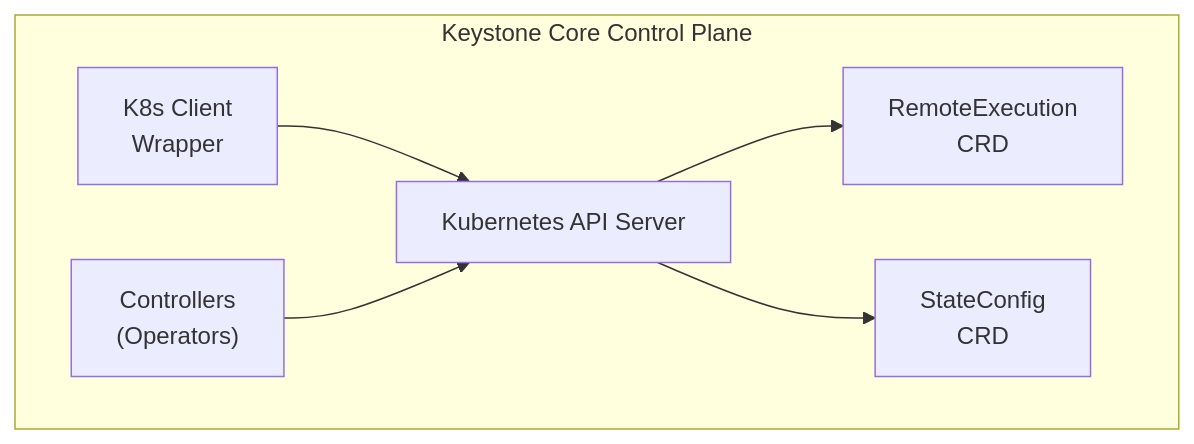
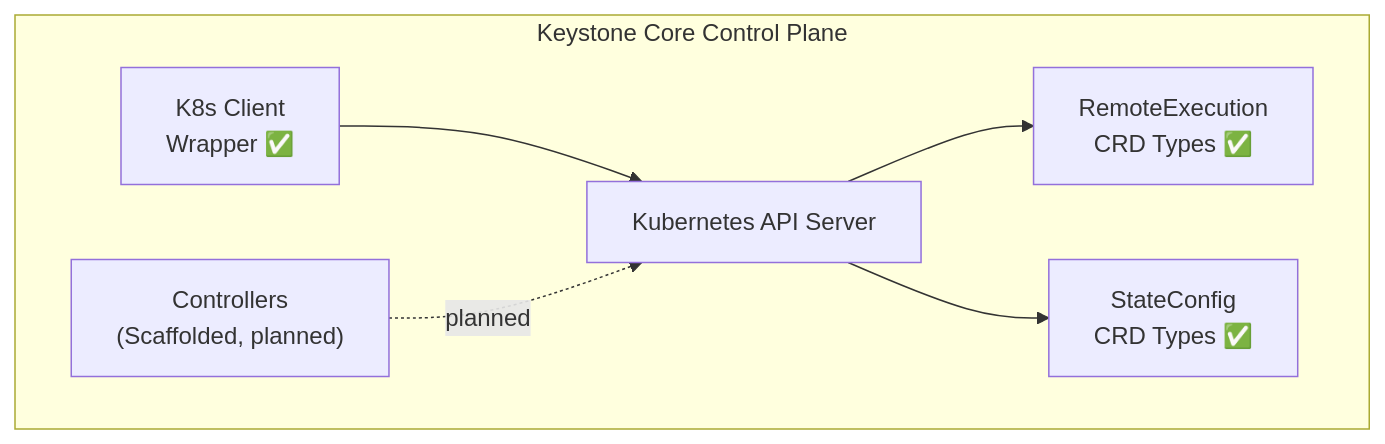
Before and after one commit to Spicer-Creek-Solutions-LLC/keystone-core: the diagram in docs/content/en/docs/concepts/kubernetes.md, drawn with Mermaid. The commit also changed other lines of this file and 3 other files, not shown here.

````diff
--- a/docs/content/en/docs/concepts/kubernetes.md
+++ b/docs/content/en/docs/concepts/kubernetes.md
@@ -14,12 +16,12 @@
 ```mermaid
 flowchart TB
     subgraph CP["Keystone Core Control Plane"]
-        KC["K8s Client<br>Wrapper"]
-        CT["Controllers<br>(Operators)"]
+        KC["K8s Client<br>Wrapper ✅"]
+        CT["Controllers<br>(Scaffolded, planned)"]
         KC --> API
-        CT --> API
+        CT -.->|planned| API
         API["Kubernetes API Server"]
-        API --> RE["RemoteExecution<br>CRD"]
-        API --> SC["StateConfig<br>CRD"]
+        API --> RE["RemoteExecution<br>CRD Types ✅"]
+        API --> SC["StateConfig<br>CRD Types ✅"]
     end
 ```
````
